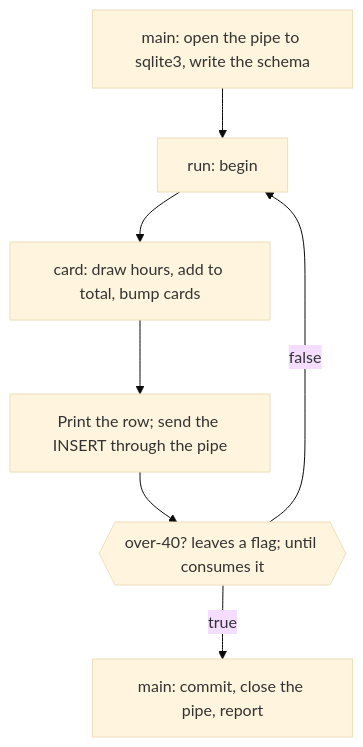
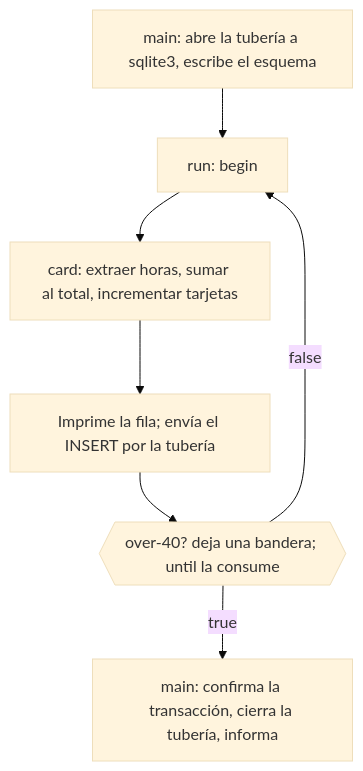
The first of 2 diagrams in lessons/lenguajes/forth.md (dullroar/aprende-a-programar-como-un-bicho-raro), drawn with Mermaid (base theme) before and after one commit. The commit also changed other lines of this file and 31 other files, not shown here.

````diff
--- a/lessons/lenguajes/forth.md
+++ b/lessons/lenguajes/forth.md
@@ -87,11 +87,11 @@
 ```mermaid
 flowchart TD
-    accTitle: forth: one begin until loop over a word called card
-    accDescr: A flowchart. The word main sets up, which opens a pipe to sqlite3, and writes the schema. The word run is a begin until loop. Each pass runs card, which draws hours, adds them to the total variable, bumps the card count, prints the row, and sends the INSERT through the pipe. Then over-40 leaves a flag on the stack, and until consumes it. If the flag is false, the loop repeats. If it is true, run ends, and main commits, closes the pipe and reports.
-    A["main: open the pipe to sqlite3, write the schema"] --> B["run: begin"]
-    B --> C["card: draw hours, add to total, bump cards"]
-    C --> D["Print the row; send the INSERT through the pipe"]
-    D --> E{{"over-40? leaves a flag; until consumes it"}}
+    accTitle: forth: un solo bucle begin until sobre una palabra llamada card
+    accDescr: Un diagrama de flujo. La palabra main hace la preparación: abre una tubería a sqlite3 y escribe el esquema. La palabra run es un bucle begin until. Cada pasada ejecuta card, que extrae las horas, las suma a la variable total, incrementa el conteo de tarjetas, imprime la fila y envía el INSERT por la tubería. Después, over-40? deja una bandera en la pila y until la consume. Si la bandera es falsa, el bucle se repite. Si es verdadera, run termina, y main confirma la transacción, cierra la tubería e informa.
+    A["main: abre la tubería a sqlite3, escribe el esquema"] --> B["run: begin"]
+    B --> C["card: extraer horas, sumar al total, incrementar tarjetas"]
+    C --> D["Imprime la fila; envía el INSERT por la tubería"]
+    D --> E{{"over-40? deja una bandera; until la consume"}}
     E -->|false| B
-    E -->|true| F["main: commit, close the pipe, report"]
+    E -->|true| F["main: confirma la transacción, cierra la tubería, informa"]
 ```
````
